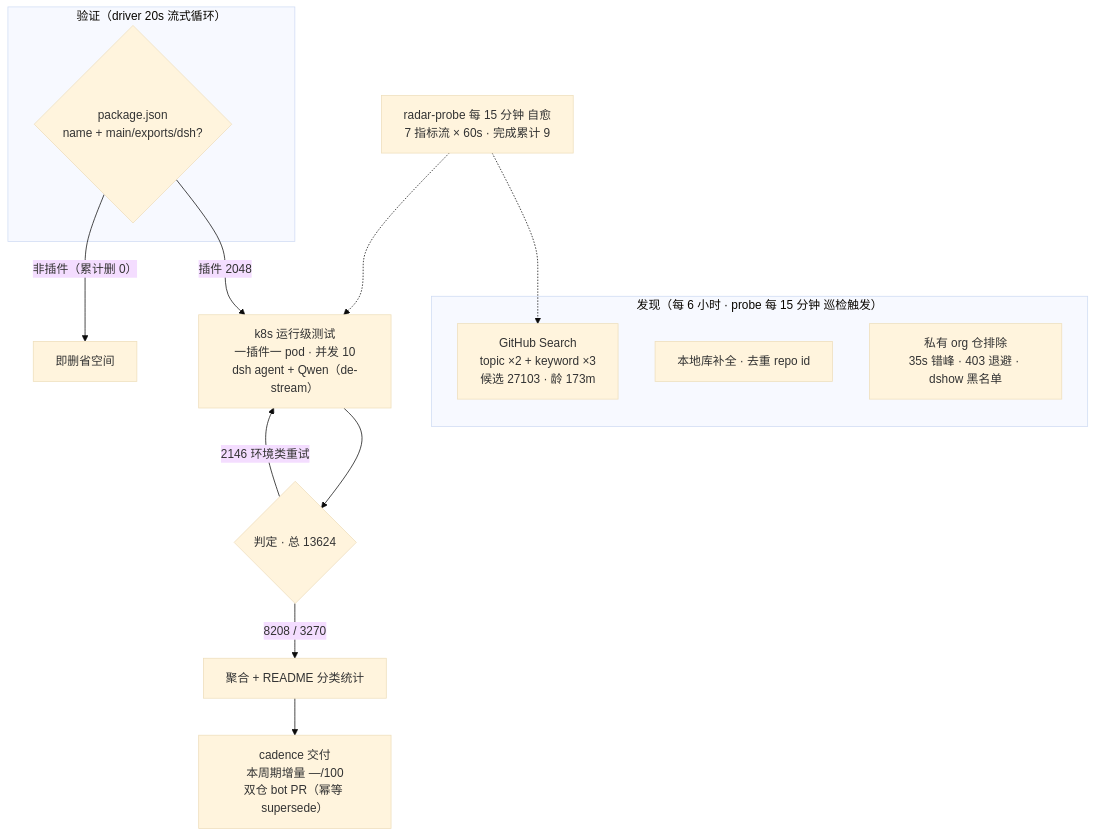
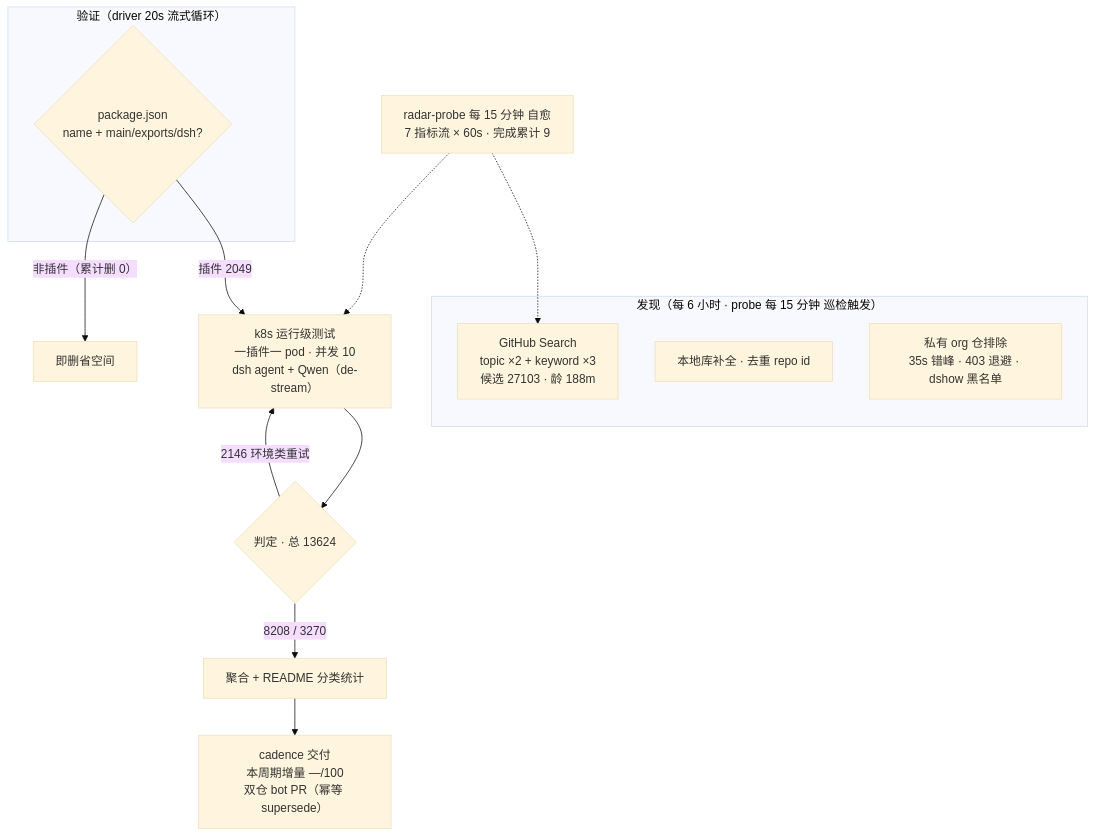
Before and after one commit to Zhidao-Lab-OSS/awesome-dsh-plugins: the diagram in README.md, drawn with Mermaid (base theme). The commit also changed other lines of this file and 1 other file, not shown here.

````diff
--- a/README.md
+++ b/README.md
@@ -54,20 +54,20 @@
 ```mermaid
 flowchart TB
     subgraph Discovery["发现（每 6 小时 · probe 每 15 分钟 巡检触发）"]
-        A1["GitHub Search<br/>topic ×2 + keyword ×3<br/>候选 27103 · 龄 173m"]
+        A1["GitHub Search<br/>topic ×2 + keyword ×3<br/>候选 27103 · 龄 188m"]
         A2["本地库补全 · 去重 repo id"]
         A3["私有 org 仓排除<br/>35s 错峰 · 403 退避 · dshow 黑名单"]
     end
     subgraph Validation["验证（driver 20s 流式循环）"]
         B1{"package.json<br/>name + main/exports/dsh?"}
     end
-    B1 -->|"插件 2048"| C1["k8s 运行级测试<br/>一插件一 pod · 并发 10<br/>dsh agent + Qwen（de-stream）"]
+    B1 -->|"插件 2049"| C1["k8s 运行级测试<br/>一插件一 pod · 并发 10<br/>dsh agent + Qwen（de-stream）"]
     B1 -->|"非插件（累计删 0）"| B3["即删省空间"]
     C1 --> D1{"判定 · 总 13624"}
     D1 -->|"8208 / 3270"| E1["聚合 + README 分类统计"]
     D1 -->|"2146 环境类重试"| C1
     E1 --> E2["cadence 交付<br/>本周期增量 —/100<br/>双仓 bot PR（幂等 supersede）"]
     M["radar-probe 每 15 分钟 自愈<br/>7 指标流 × 60s · 完成累计 9"]
     M -.-> A1
     M -.-> C1
 ```
````
